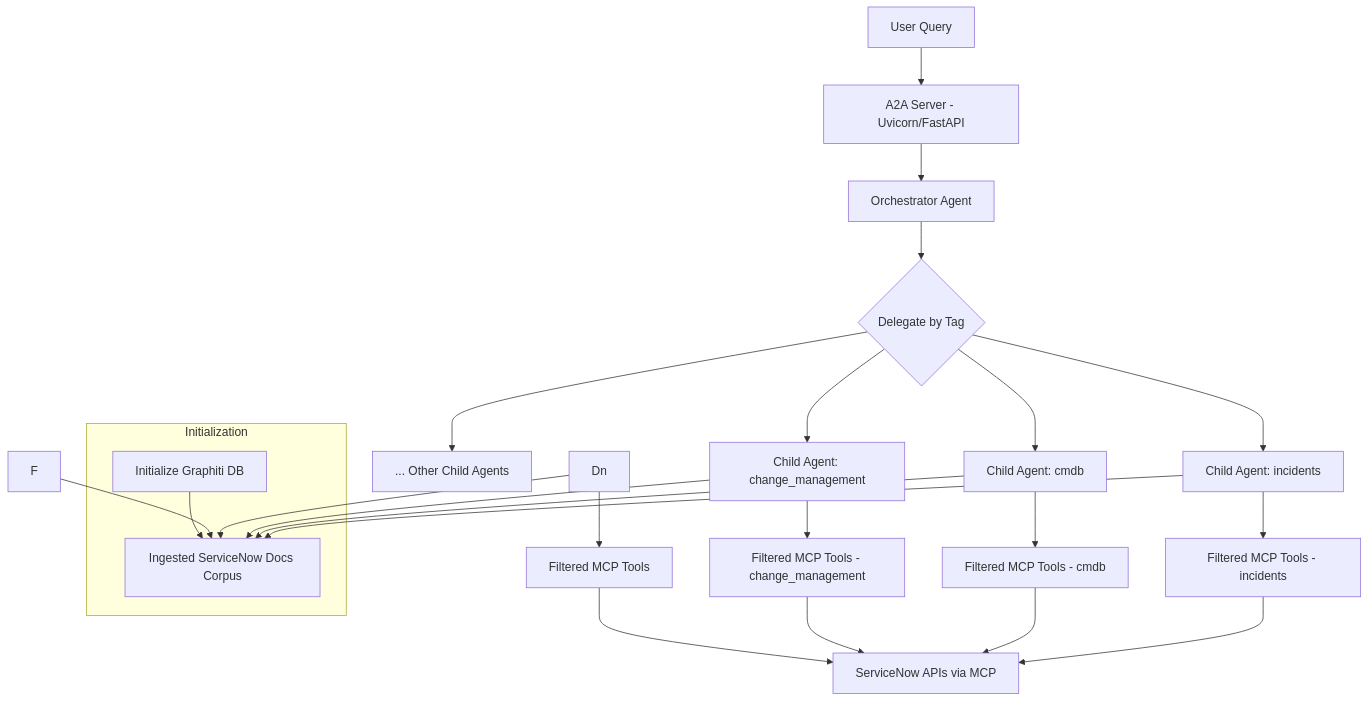
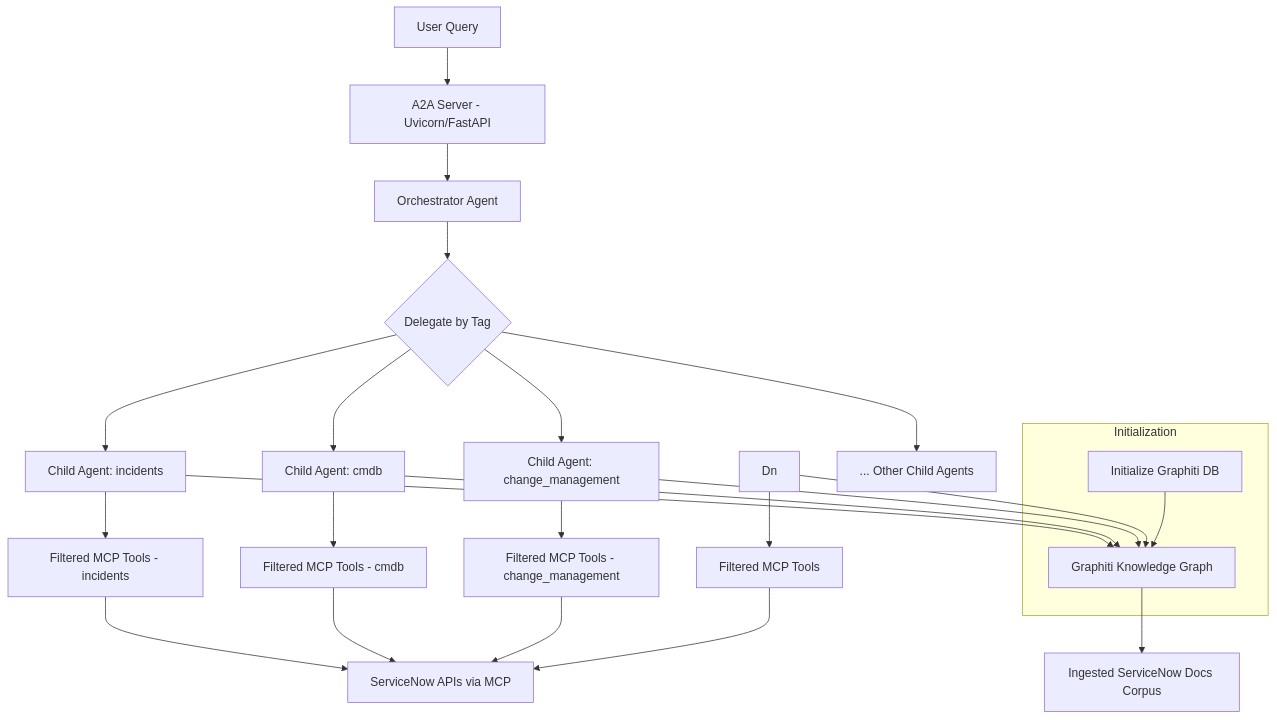
One commit to Knuckles-Team/servicenow-api changed the first of 2 diagrams in README.md. Above: the diagram before and after it, drawn with Mermaid.

Commit message:
Fixed diagram order.

````diff
--- a/README.md
+++ b/README.md
@@ -169,26 +169,26 @@
 ```mermaid
 graph TD
     A[User Query] --> B[A2A Server - Uvicorn/FastAPI]
     B --> C[Orchestrator Agent]
     C --> D{Delegate by Tag}
     D --> E1[Child Agent: incidents]
     D --> E2[Child Agent: cmdb]
     D --> E3[Child Agent: change_management]
     D --> En[... Other Child Agents]
     E1 --> F1[Filtered MCP Tools - incidents]
     E1 --> G[Graphiti Knowledge Graph]
     E2 --> F2[Filtered MCP Tools - cmdb]
     E2 --> G
     E3 --> F3[Filtered MCP Tools - change_management]
     E3 --> G
     Dn --> Fn[Filtered MCP Tools]
     Dn --> G
-    F --> G[Ingested ServiceNow Docs Corpus]
-    F1 --> H[ServiceNow APIs via MCP]
-    F2 --> H
-    F3 --> H
-    Fn --> H
+    G --> H[Ingested ServiceNow Docs Corpus]
+    F1 --> I[ServiceNow APIs via MCP]
+    F2 --> I
+    F3 --> I
+    Fn --> I
     subgraph "Initialization"
         J[Initialize Graphiti DB] --> G
     end
 ```
````
